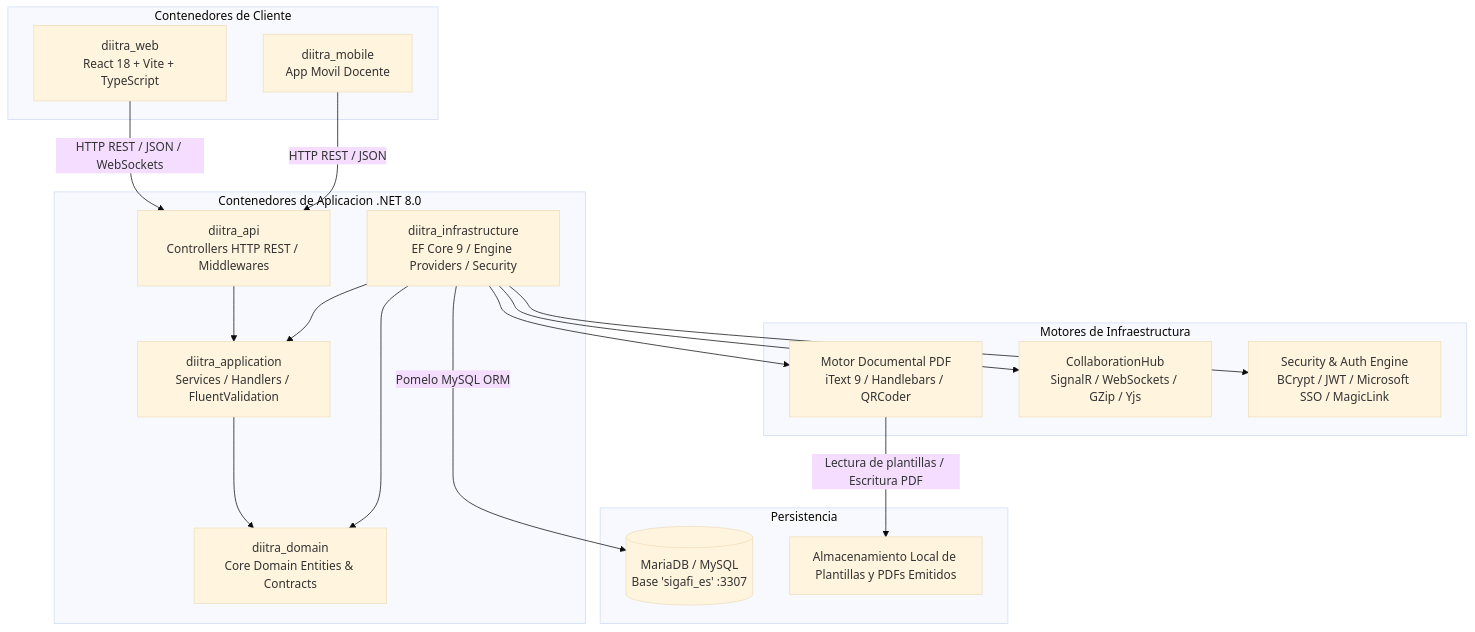
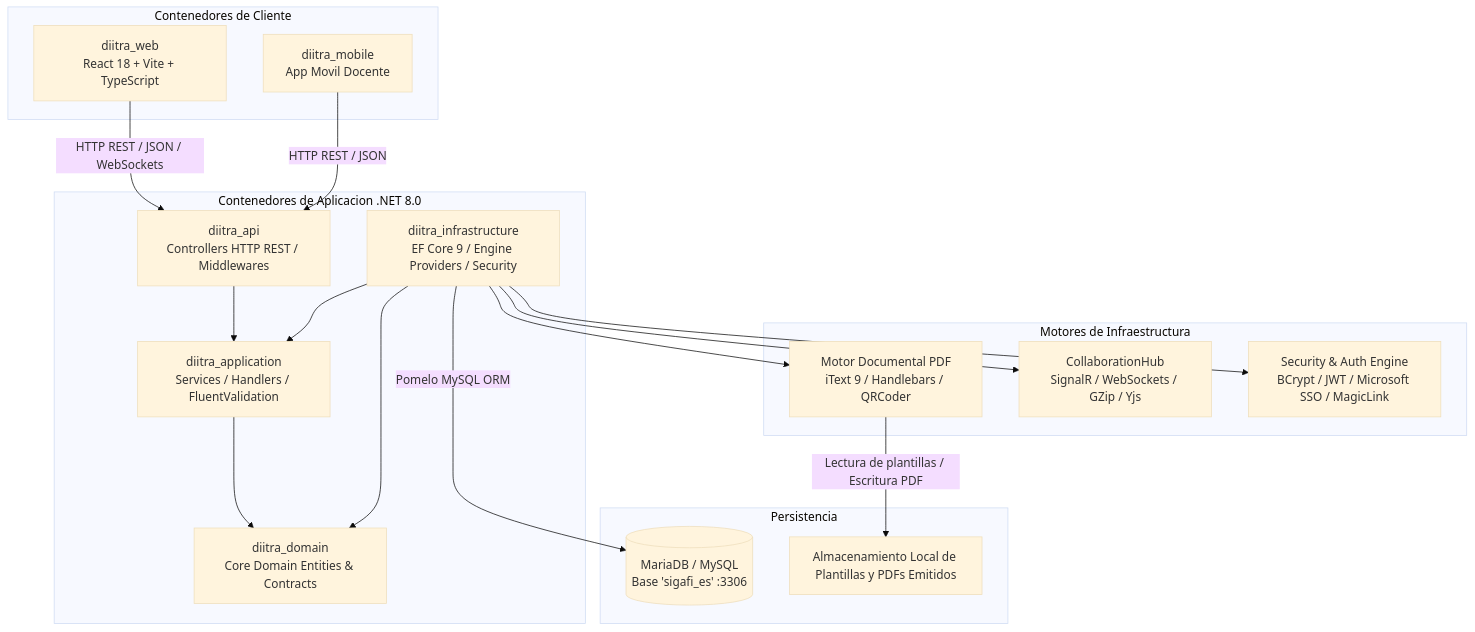
One commit to JorgeDoicela/diitra changed the third of 3 diagrams in docs/documentacion/01-arquitectura/01-macro-arquitectura-clean-arch.md. Above: the diagram before and after it, drawn with Mermaid (base theme). The commit also changed other lines of this file and 16 other files, not shown here.

````diff
--- a/docs/documentacion/01-arquitectura/01-macro-arquitectura-clean-arch.md
+++ b/docs/documentacion/01-arquitectura/01-macro-arquitectura-clean-arch.md
@@ -83,40 +83,40 @@
 ```mermaid
 graph TB
     subgraph Clients [Contenedores de Cliente]
         WebClient["diitra_web\nReact 18 + Vite + TypeScript"]
         MobileClient["diitra_mobile\nApp Movil Docente"]
     end
 
     subgraph BackendServices [Contenedores de Aplicacion .NET 8.0]
         APIContainer["diitra_api\nControllers HTTP REST / Middlewares"]
         AppContainer["diitra_application\nServices / Handlers / FluentValidation"]
         DomainContainer["diitra_domain\nCore Domain Entities & Contracts"]
         InfraContainer["diitra_infrastructure\nEF Core 9 / Engine Providers / Security"]
     end
 
     subgraph SpecializedEngines [Motores de Infraestructura]
         DocEngine["Motor Documental PDF\niText 9 / Handlebars / QRCoder"]
         CoWorkHub["CollaborationHub\nSignalR / WebSockets / GZip / Yjs"]
         SecurityEngine["Security & Auth Engine\nBCrypt / JWT / Microsoft SSO / MagicLink"]
     end
 
     subgraph DataStorage [Persistencia]
-        DB[(MariaDB / MySQL\nBase 'sigafi_es' :3307)]
+        DB[(MariaDB / MySQL\nBase 'sigafi_es' :3306)]
         FileStore["Almacenamiento Local de Plantillas y PDFs Emitidos"]
     end
 
     WebClient -->|HTTP REST / JSON / WebSockets| APIContainer
     MobileClient -->|HTTP REST / JSON| APIContainer
 
     APIContainer --> AppContainer
     AppContainer --> DomainContainer
     InfraContainer --> DomainContainer
     InfraContainer --> AppContainer
 
     InfraContainer --> DocEngine
     InfraContainer --> CoWorkHub
     InfraContainer --> SecurityEngine
 
     InfraContainer -->|Pomelo MySQL ORM| DB
     DocEngine -->|Lectura de plantillas / Escritura PDF| FileStore
 ```
````
